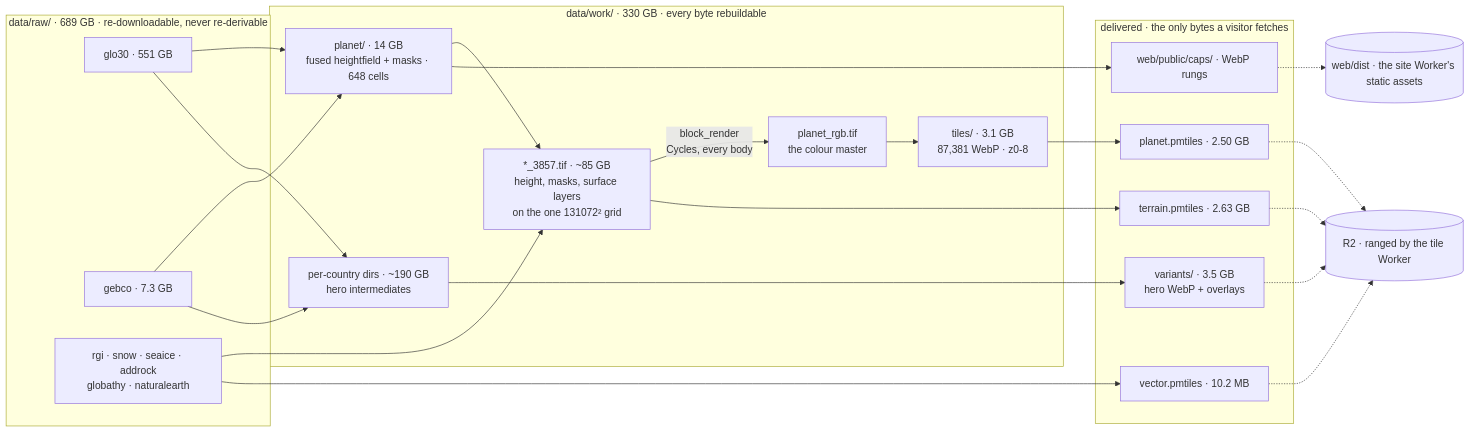
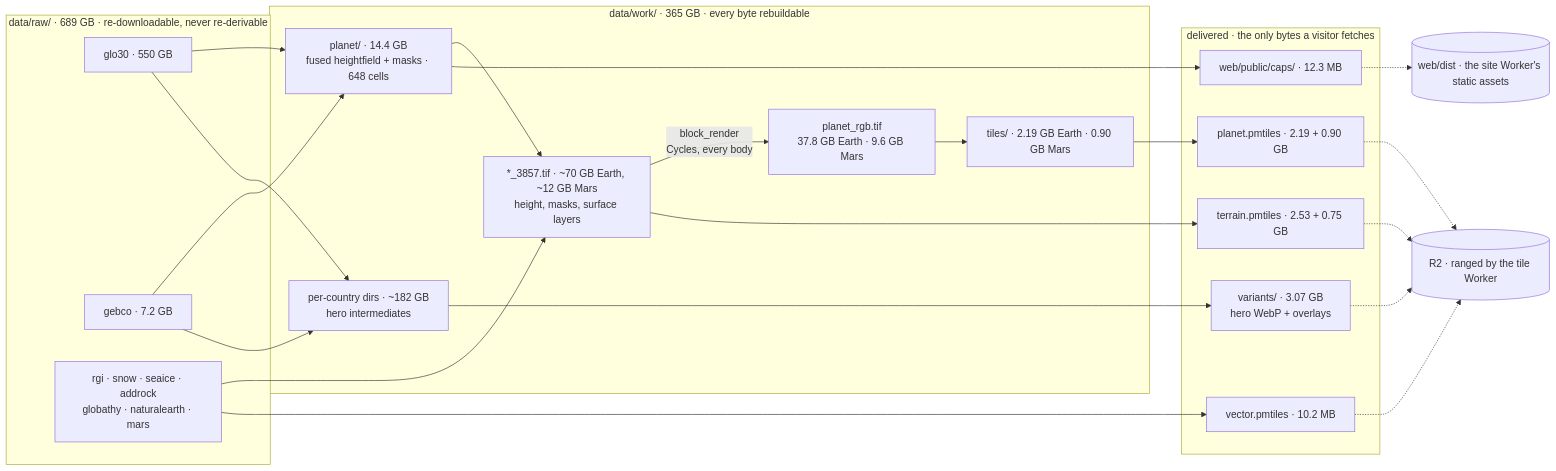
The diagram in INVENTORY.md (Alchez/terrella), drawn with Mermaid before and after one commit. The commit also changed other lines of this file and 4 other files, not shown here.

Commit message:
docs(measure): the storage map is re-measured after a 99 GB reclaim, a cap is priced per pole per body, and the ice-white derivation refuses a colour outside sRGB

````diff
--- a/INVENTORY.md
+++ b/INVENTORY.md
@@ -26,43 +34,43 @@
 ```mermaid
 flowchart LR
   subgraph SRC["data/raw/ · 689 GB · re-downloadable, never re-derivable"]
-    GLO["glo30 · 551 GB"]
-    GEB["gebco · 7.3 GB"]
-    LAY["rgi · snow · seaice · addrock<br/>globathy · naturalearth"]
+    GLO["glo30 · 550 GB"]
+    GEB["gebco · 7.2 GB"]
+    LAY["rgi · snow · seaice · addrock<br/>globathy · naturalearth · mars"]
   end
 
-  subgraph MID["data/work/ · 330 GB · every byte rebuildable"]
-    FUSE["planet/ · 14 GB<br/>fused heightfield + masks · 648 cells"]
-    W["*_3857.tif · ~85 GB<br/>height, masks, surface layers<br/>on the one 131072² grid"]
-    RGB["planet_rgb.tif<br/>the colour master"]
-    PYR["tiles/ · 3.1 GB<br/>87,381 WebP · z0-8"]
-    CTRY["per-country dirs · ~190 GB<br/>hero intermediates"]
+  subgraph MID["data/work/ · 365 GB · every byte rebuildable"]
+    FUSE["planet/ · 14.4 GB<br/>fused heightfield + masks · 648 cells"]
+    W["*_3857.tif · ~70 GB Earth, ~12 GB Mars<br/>height, masks, surface layers"]
+    RGB["planet_rgb.tif<br/>37.8 GB Earth · 9.6 GB Mars"]
+    PYR["tiles/ · 2.19 GB Earth · 0.90 GB Mars"]
+    CTRY["per-country dirs · ~182 GB<br/>hero intermediates"]
   end
 
   subgraph OUT["delivered · the only bytes a visitor fetches"]
-    PM["planet.pmtiles · 2.50 GB"]
-    TER["terrain.pmtiles · 2.63 GB"]
+    PM["planet.pmtiles · 2.19 + 0.90 GB"]
+    TER["terrain.pmtiles · 2.53 + 0.75 GB"]
     VEC["vector.pmtiles · 10.2 MB"]
-    CAP["web/public/caps/ · WebP rungs"]
-    HERO["variants/ · 3.5 GB<br/>hero WebP + overlays"]
+    CAP["web/public/caps/ · 12.3 MB"]
+    HERO["variants/ · 3.07 GB<br/>hero WebP + overlays"]
   end
 
   GLO --> FUSE
   GEB --> FUSE
   FUSE --> W
   LAY --> W
   W -->|"block_render<br/>Cycles, every body"| RGB
   RGB --> PYR
   PYR --> PM
   W --> TER
   FUSE --> CAP
   LAY --> VEC
   GLO --> CTRY
   GEB --> CTRY
   CTRY --> HERO
   PM -.-> R2[("R2 · ranged by the tile Worker")]
   TER -.-> R2
   VEC -.-> R2
   HERO -.-> R2
   CAP -.-> SITE[("web/dist · the site Worker's static assets")]
 ```
````
